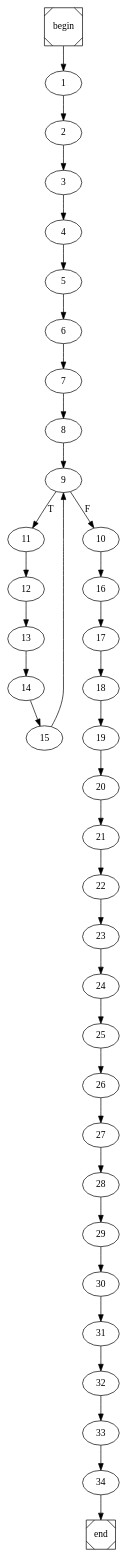
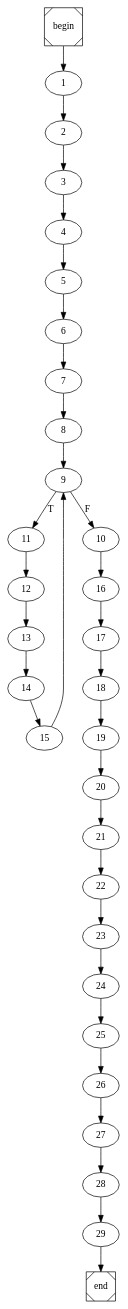
The diagram in main.dot (arubenruben/JMM-Compiler), drawn with Graphviz before and after one commit. The commit also changed 3 other files, not shown here.

```diff
--- a/main.dot
+++ b/main.dot
@@ -1,4 +1,4 @@
 digraph cfg {
 	begin [shape=Msquare];
 	end [shape=Msquare];
-	begin -> 1;	1 -> 2;	2 -> 3;	3 -> 4;	4 -> 5;	5 -> 6;	6 -> 7;	7 -> 8;	8 -> 9;	9 -> 11[label=T];	9 -> 10[label=F];	10 -> 16;	11 -> 12;	12 -> 13;	13 -> 14;	14 -> 15;	15 -> 9;	16 -> 17;	17 -> 18;	18 -> 19;	19 -> 20;	20 -> 21;	21 -> 22;	22 -> 23;	23 -> 24;	24 -> 25;	25 -> 26;	26 -> 27;	27 -> 28;	28 -> 29;	29 -> 30;	30 -> 31;	31 -> 32;	32 -> 33;	33 -> 34;	34 -> end;}
+	begin -> 1;	1 -> 2;	2 -> 3;	3 -> 4;	4 -> 5;	5 -> 6;	6 -> 7;	7 -> 8;	8 -> 9;	9 -> 11[label=T];	9 -> 10[label=F];	10 -> 16;	11 -> 12;	12 -> 13;	13 -> 14;	14 -> 15;	15 -> 9;	16 -> 17;	17 -> 18;	18 -> 19;	19 -> 20;	20 -> 21;	21 -> 22;	22 -> 23;	23 -> 24;	24 -> 25;	25 -> 26;	26 -> 27;	27 -> 28;	28 -> 29;	29 -> end;}
```
